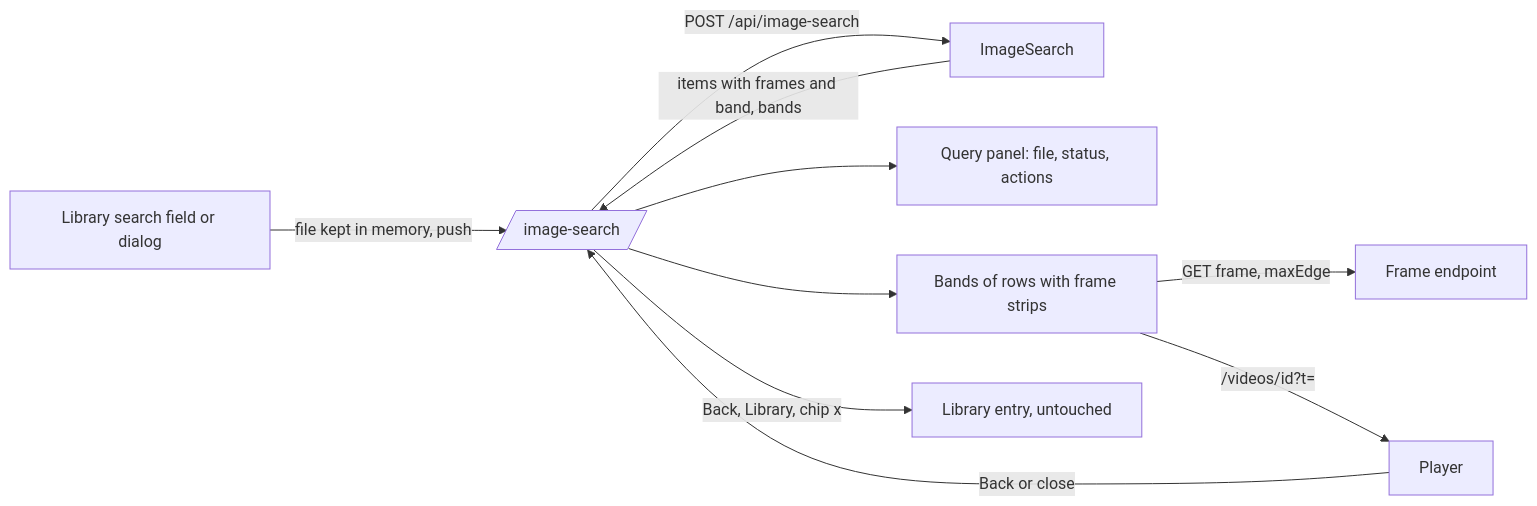
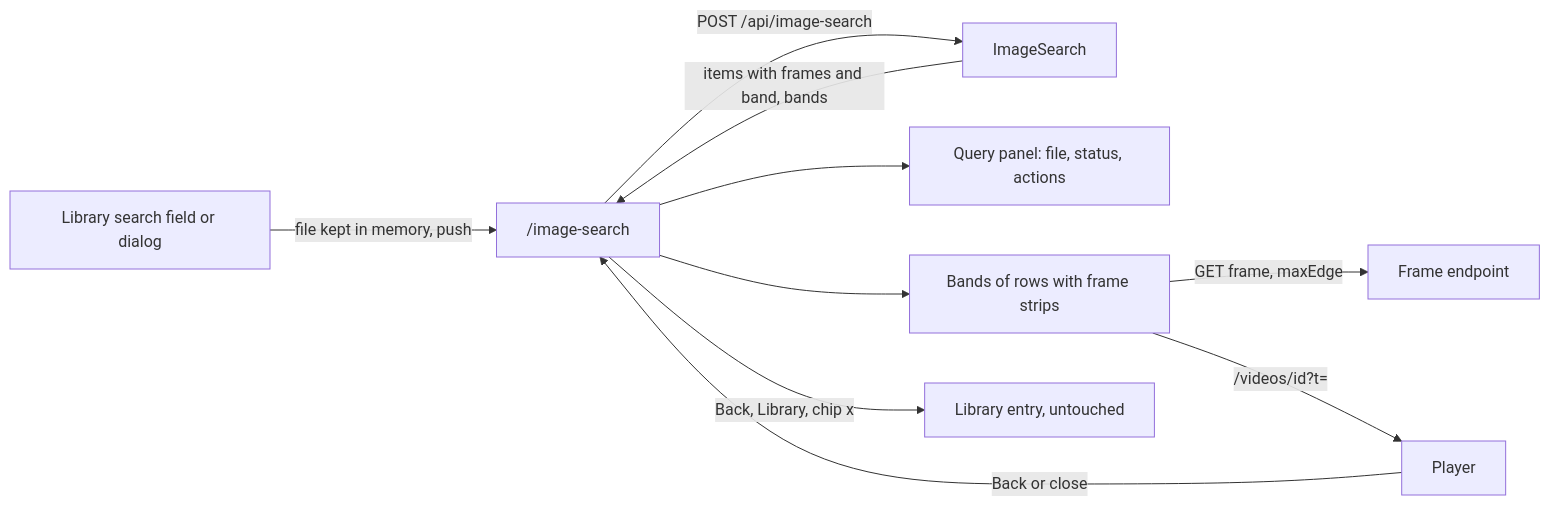
The first of 3 diagrams in specs/074-image-search/plan.md (syudead/vv), drawn with Mermaid before and after one commit.

Commit message:
Quote the route in the Plan's diagram
Claude-Session: https://claude.ai/code/session_013FJVfL1U6zeWjfgkAL5RFo

````diff
--- a/specs/074-image-search/plan.md
+++ b/specs/074-image-search/plan.md
@@ -21,12 +21,12 @@
 ```mermaid
 flowchart LR
-  field[Library search field or dialog] -->|file kept in memory, push| page[/image-search/]
+  field[Library search field or dialog] -->|file kept in memory, push| page["/image-search"]
   page -->|POST /api/image-search| api[ImageSearch]
   api -->|items with frames and band, bands| page
   page --> panel[Query panel: file, status, actions]
   page --> rows[Bands of rows with frame strips]
   rows -->|GET frame, maxEdge| frame[Frame endpoint]
   rows -->|/videos/id?t=| player[Player]
   player -->|Back or close| page
   page -->|Back, Library, chip x| lib[Library entry, untouched]
 ```
````
